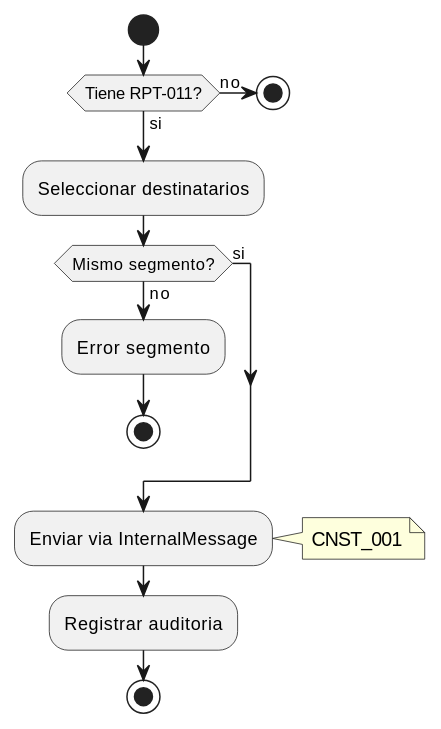
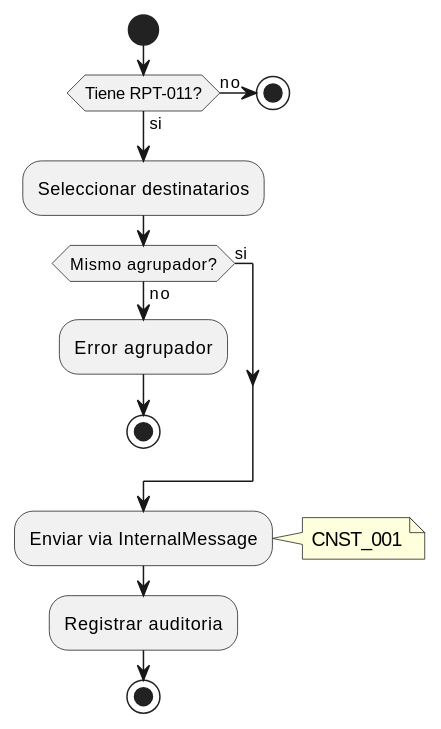
Before and after one commit to jcg-admin/IACT-docs: the third of 3 diagrams in source/requisitos/casos-uso/reports/uc-rpt-11-compartir-reporte.rst, drawn with PlantUML. The commit also changed other lines of this file and 14 other files, not shown here.

```diff
--- a/source/requisitos/casos-uso/reports/uc-rpt-11-compartir-reporte.rst
+++ b/source/requisitos/casos-uso/reports/uc-rpt-11-compartir-reporte.rst
@@ -210,20 +210,20 @@
 .. uml::
  :caption: Diagrama de Actividad - UC_RPT_11
 
  @startuml
  start
  if (Tiene RPT-011?) then (no)
  stop
  else (si)
  endif
  :Seleccionar destinatarios;
- if (Mismo segmento?) then (no)
- :Error segmento;
+ if (Mismo agrupador?) then (no)
+ :Error agrupador;
  stop
  else (si)
  endif
  :Enviar via InternalMessage;
  note right: CNST_001
  :Registrar auditoria;
  stop
  @enduml
```
